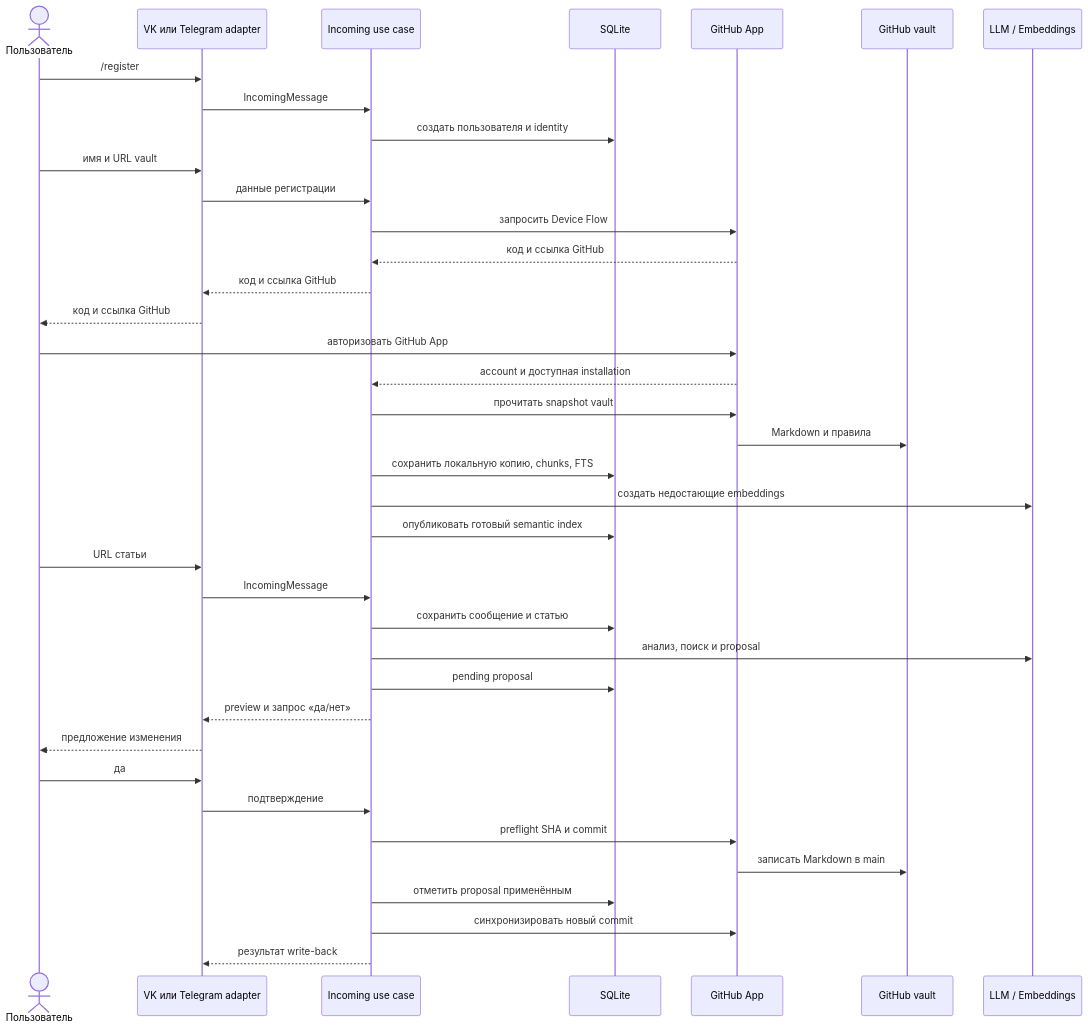
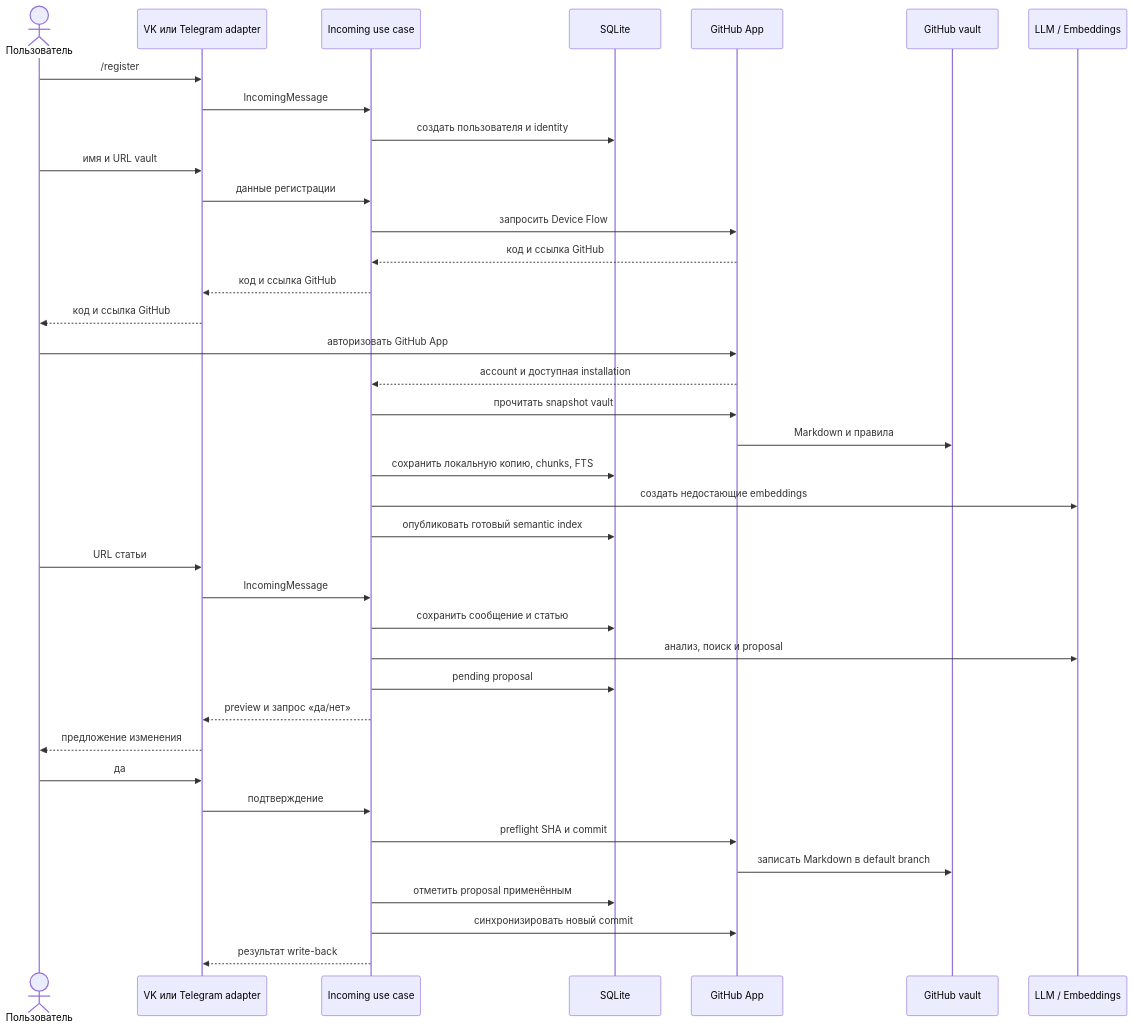
One commit to karateka-git/obsChatBot changed the second of 2 diagrams in docs/ARCHITECTURE.md. Above: the diagram before and after it, drawn with Mermaid. The commit also changed other lines of this file and 11 other files, not shown here.

````diff
--- a/docs/ARCHITECTURE.md
+++ b/docs/ARCHITECTURE.md
@@ -134,42 +135,42 @@
 ```mermaid
 sequenceDiagram
     actor U as Пользователь
     participant C as VK или Telegram adapter
     participant I as Incoming use case
     participant DB as SQLite
     participant G as GitHub App
     participant V as GitHub vault
     participant L as LLM / Embeddings
 
     U->>C: /register
     C->>I: IncomingMessage
     I->>DB: создать пользователя и identity
     U->>C: имя и URL vault
     C->>I: данные регистрации
     I->>G: запросить Device Flow
     G-->>I: код и ссылка GitHub
     I-->>C: код и ссылка GitHub
     C-->>U: код и ссылка GitHub
     U->>G: авторизовать GitHub App
     G-->>I: account и доступная installation
     I->>G: прочитать snapshot vault
     G->>V: Markdown и правила
     I->>DB: сохранить локальную копию, chunks, FTS
     I->>L: создать недостающие embeddings
     I->>DB: опубликовать готовый semantic index
 
     U->>C: URL статьи
     C->>I: IncomingMessage
     I->>DB: сохранить сообщение и статью
     I->>L: анализ, поиск и proposal
     I->>DB: pending proposal
     I-->>C: preview и запрос «да/нет»
     C-->>U: предложение изменения
     U->>C: да
     C->>I: подтверждение
     I->>G: preflight SHA и commit
-    G->>V: записать Markdown в main
+    G->>V: записать Markdown в default branch
     I->>DB: отметить proposal применённым
     I->>G: синхронизировать новый commit
     I-->>C: результат write-back
 ```
````
